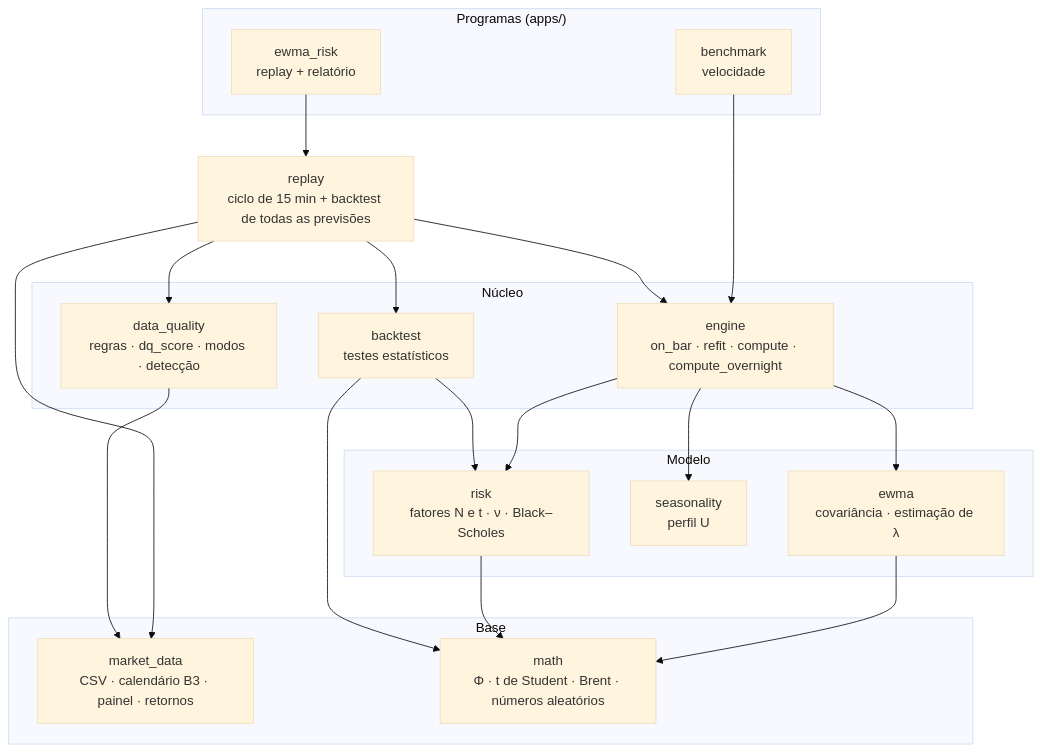
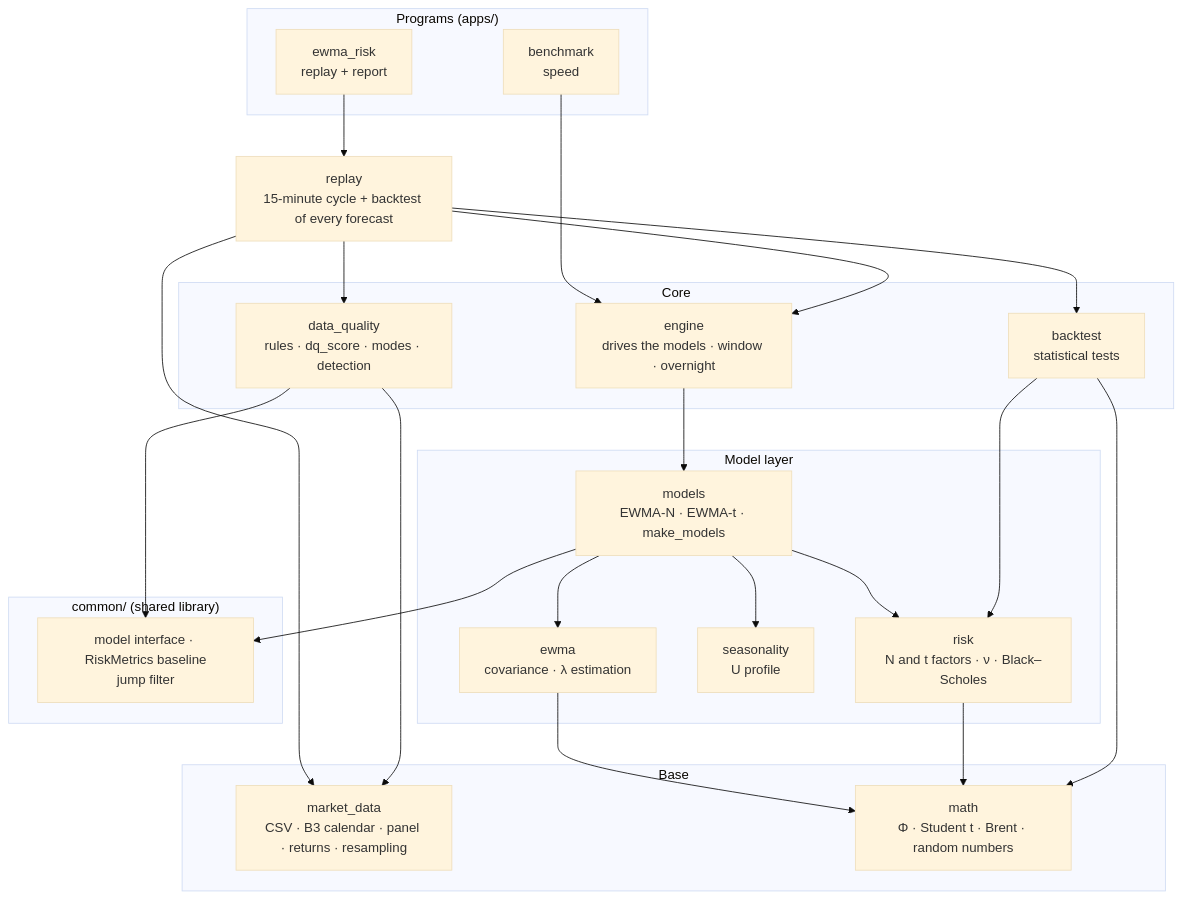
Before and after one commit to gustavoscardino/intraday-risk-engine: the third of 6 diagrams in architecture/README.md, drawn with Mermaid (base theme). The commit also changed other lines of this file and 97 other files, not shown here.

First line of the commit message:
Documentation and results for the shared library and the second ATAM round

````diff
--- a/architecture/README.md
+++ b/architecture/README.md
@@ -110,35 +103,41 @@
 ```mermaid
 flowchart TB
-    subgraph Apps["Programas (apps/)"]
-        APP1["ewma_risk<br/>replay + relatório"]
-        APP2["benchmark<br/>velocidade"]
+    subgraph Apps["Programs (apps/)"]
+        APP1["ewma_risk<br/>replay + report"]
+        APP2["benchmark<br/>speed"]
     end
 
-    REP["replay<br/>ciclo de 15 min + backtest de todas as previsões"]
+    REP["replay<br/>15-minute cycle + backtest of every forecast"]
 
-    subgraph Nucleo["Núcleo"]
-        ENG["engine<br/>on_bar · refit · compute · compute_overnight"]
-        DQ["data_quality<br/>regras · dq_score · modos · detecção"]
-        BT["backtest<br/>testes estatísticos"]
+    subgraph Core["Core"]
+        ENG["engine<br/>drives the models · window · overnight"]
+        DQ["data_quality<br/>rules · dq_score · modes · detection"]
+        BT["backtest<br/>statistical tests"]
     end
 
-    subgraph Modelo["Modelo"]
-        EW["ewma<br/>covariância · estimação de λ"]
-        SE["seasonality<br/>perfil U"]
-        RK["risk<br/>fatores N e t · ν · Black–Scholes"]
+    subgraph Model["Model layer"]
+        MO["models<br/>EWMA-N · EWMA-t · make_models"]
+        EW["ewma<br/>covariance · λ estimation"]
+        SE["seasonality<br/>U profile"]
+        RK["risk<br/>N and t factors · ν · Black–Scholes"]
+    end
+
+    subgraph Common["common/ (shared library)"]
+        CI["model interface · RiskMetrics baseline<br/>jump filter"]
     end
 
     subgraph Base["Base"]
-        MD["market_data<br/>CSV · calendário B3 · painel · retornos"]
-        MA["math<br/>Φ · t de Student · Brent · números aleatórios"]
+        MD["market_data<br/>CSV · B3 calendar · panel · returns · resampling"]
+        MA["math<br/>Φ · Student t · Brent · random numbers"]
     end
 
     APP1 --> REP
     APP2 --> ENG
     REP --> ENG & DQ & BT
     REP --> MD
-    ENG --> EW & SE & RK
-    DQ --> MD
+    ENG --> MO
+    MO --> EW & SE & RK & CI
+    DQ --> MD & CI
     BT --> RK
     EW & RK & BT --> MA
 ```
````
